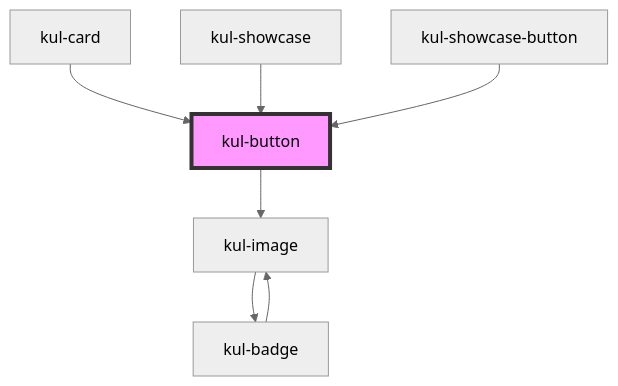
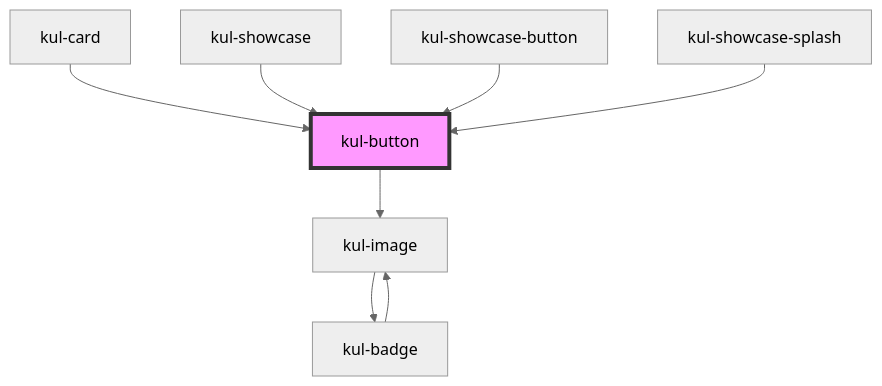
Before and after one commit to smeup/ketchup: the diagram in packages/ketchup-lite/src/components/kul-button/readme.md, drawn with Mermaid (neutral theme). The commit also changed other lines of this file and 9 other files, not shown here.

Commit message:
Added splash to showcase.

````diff
--- a/packages/ketchup-lite/src/components/kul-button/readme.md
+++ b/packages/ketchup-lite/src/components/kul-button/readme.md
@@ -147,10 +148,11 @@
 ```mermaid
 graph TD;
   kul-button --> kul-image
   kul-image --> kul-badge
   kul-badge --> kul-image
   kul-card --> kul-button
   kul-showcase --> kul-button
   kul-showcase-button --> kul-button
+  kul-showcase-splash --> kul-button
   style kul-button fill:#f9f,stroke:#333,stroke-width:4px
 ```
````
